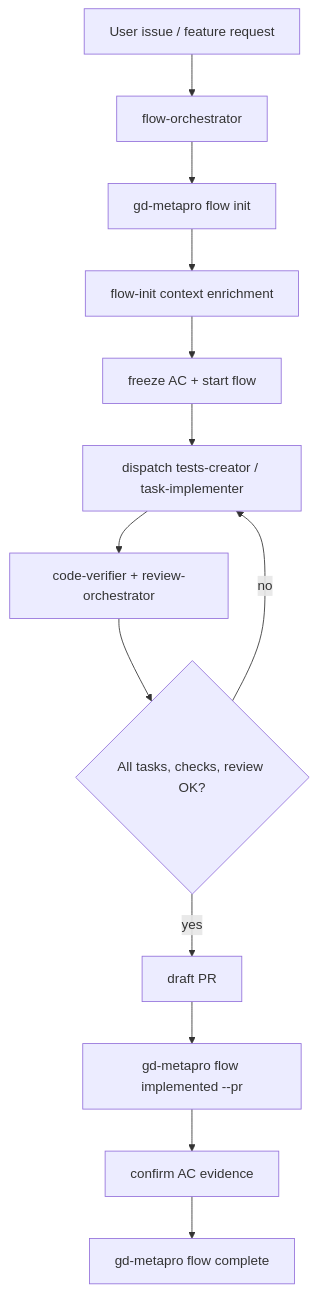
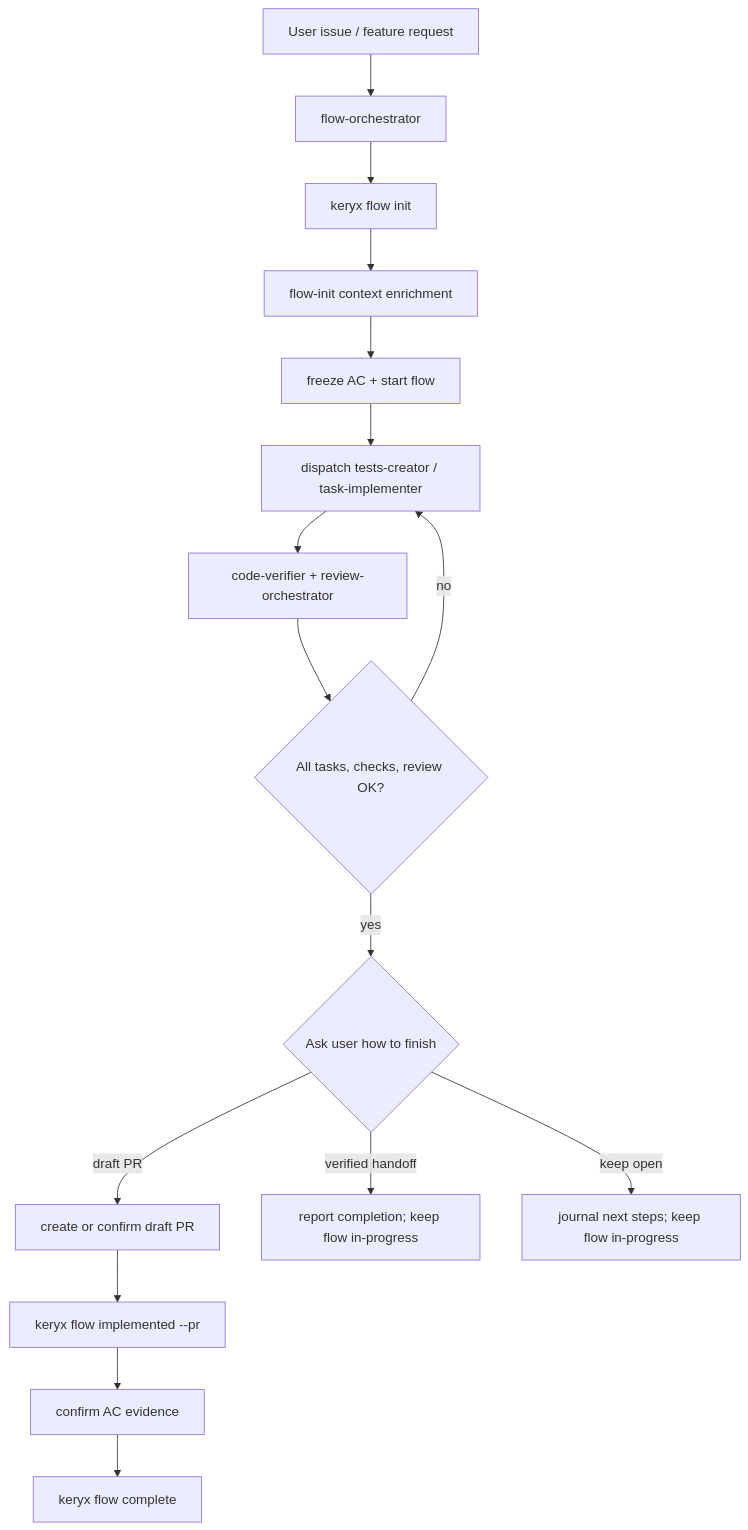
One commit to MrCipherSmith/helyx changed the diagram in .metaproject/skills/gdskills/orchestration/flow-orchestrator/SKILL.md. Above: the diagram before and after it, drawn with Mermaid. The commit also changed other lines of this file and 94 other files, not shown here.

First line of the commit message:
chore(metaproject): migrate from gd-metapro to keryx

````diff
--- a/.metaproject/skills/gdskills/orchestration/flow-orchestrator/SKILL.md
+++ b/.metaproject/skills/gdskills/orchestration/flow-orchestrator/SKILL.md
@@ -72,15 +73,18 @@
 ```mermaid
 flowchart TD
   A["User issue / feature request"] --> B["flow-orchestrator"]
-  B --> C["gd-metapro flow init"]
+  B --> C["keryx flow init"]
   C --> D["flow-init context enrichment"]
   D --> E["freeze AC + start flow"]
   E --> F["dispatch tests-creator / task-implementer"]
   F --> G["code-verifier + review-orchestrator"]
   G --> H{"All tasks, checks, review OK?"}
   H -- "no" --> F
-  H -- "yes" --> I["draft PR"]
-  I --> J["gd-metapro flow implemented --pr"]
-  J --> K["confirm AC evidence"]
-  K --> L["gd-metapro flow complete"]
+  H -- "yes" --> I{"Ask user how to finish"}
+  I -- "draft PR" --> J["create or confirm draft PR"]
+  J --> K["keryx flow implemented --pr"]
+  K --> L["confirm AC evidence"]
+  L --> M["keryx flow complete"]
+  I -- "verified handoff" --> N["report completion; keep flow in-progress"]
+  I -- "keep open" --> O["journal next steps; keep flow in-progress"]
 ```
````
